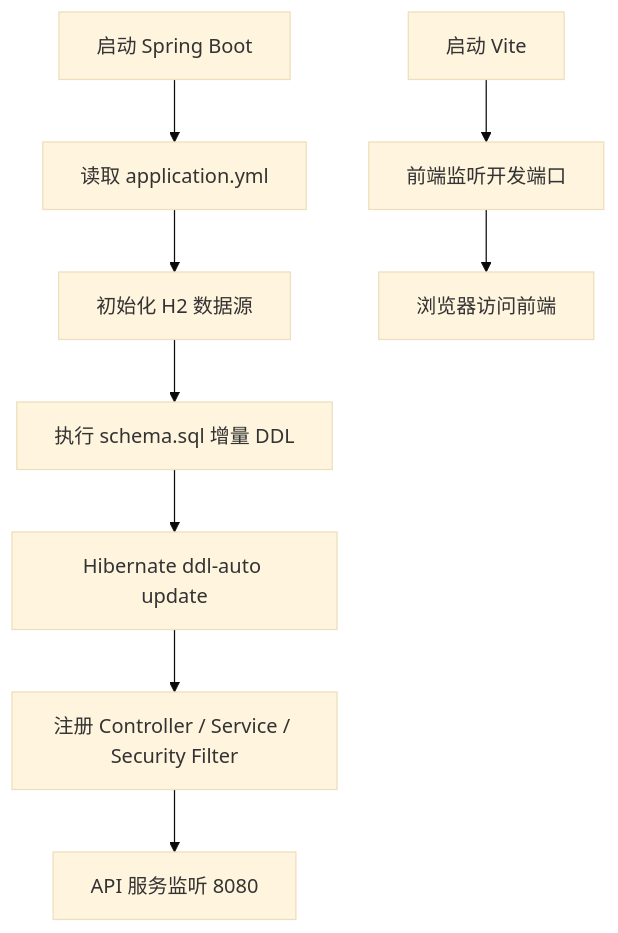
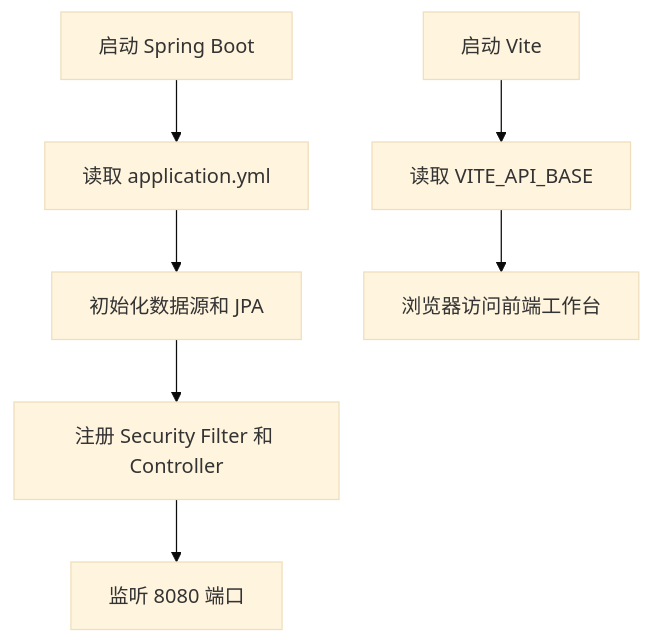
The second of 6 diagrams in docs/04-high-level-design.md (LinHonk1128/ips_java), drawn with Mermaid (base theme) before and after one commit. The commit also changed other lines of this file and 48 other files, not shown here.

````diff
--- a/docs/04-high-level-design.md
+++ b/docs/04-high-level-design.md
@@ -213,11 +167,9 @@
 ```mermaid
 flowchart TD
     A["启动 Spring Boot"] --> B["读取 application.yml"]
-    B --> C["初始化 H2 数据源"]
-    C --> D["执行 schema.sql 增量 DDL"]
-    D --> E["Hibernate ddl-auto update"]
-    E --> F["注册 Controller / Service / Security Filter"]
-    F --> G["API 服务监听 8080"]
-    H["启动 Vite"] --> I["前端监听开发端口"]
-    I --> J["浏览器访问前端"]
+    B --> C["初始化数据源和 JPA"]
+    C --> D["注册 Security Filter 和 Controller"]
+    D --> E["监听 8080 端口"]
+    F["启动 Vite"] --> G["读取 VITE_API_BASE"]
+    G --> H["浏览器访问前端工作台"]
 ```
````
